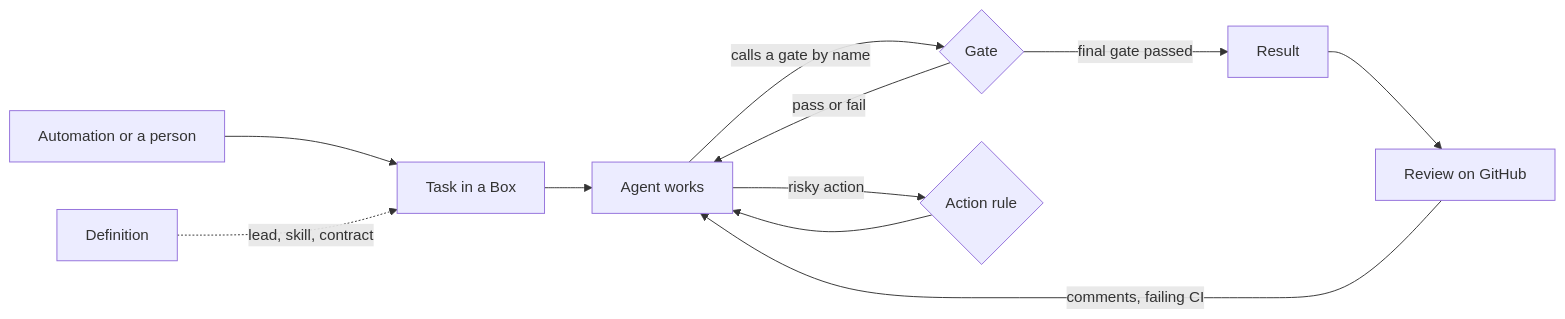
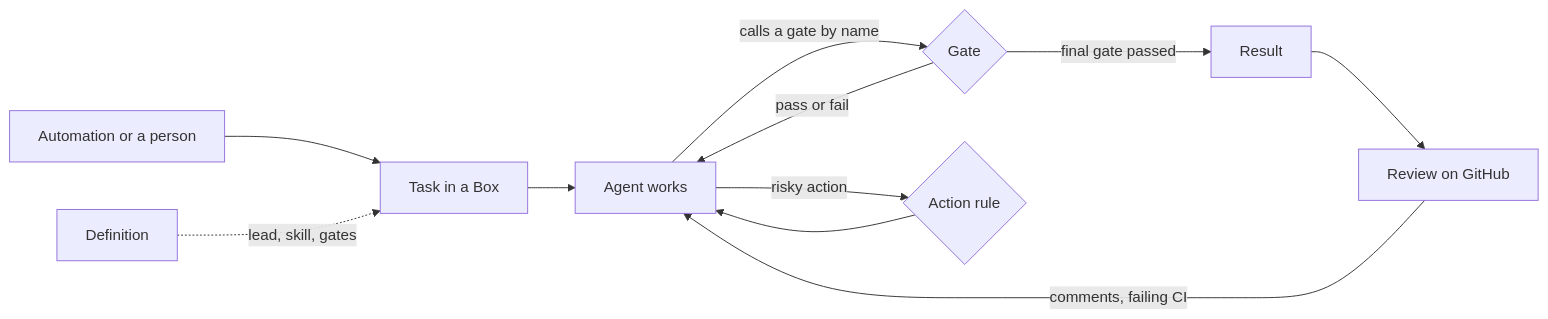
Before and after one commit to IniZio/moor: the second of 4 diagrams in docs/specs/position.md, drawn with Mermaid. The commit also changed other lines of this file, not shown here.

````diff
--- a/docs/specs/position.md
+++ b/docs/specs/position.md
@@ -210,13 +223,13 @@
 ```mermaid
 flowchart LR
 	AU[Automation or a person] --> T[Task in a Box]
-	D[Definition] -.->|lead, skill, contract| T
+	D[Definition] -.->|lead, skill, gates| T
 	T --> W[Agent works]
 	W -->|calls a gate by name| G{Gate}
 	G -->|pass or fail| W
 	W -->|risky action| G3{Action rule}
 	G3 --> W
 	G -->|final gate passed| RS[Result]
 	RS --> RV[Review on GitHub]
 	RV -->|comments, failing CI| W
 ```
````
